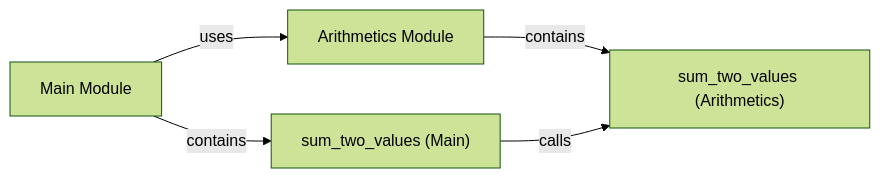
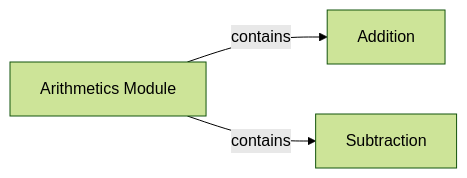
One commit to CodeBoarding/GeneratedOnBoardings changed the diagram in Hello-Python/Arithmetics Module.md. Above: the diagram before and after it, drawn with Mermaid (forest theme). The commit also changed other lines of this file and 2 other files, not shown here.

````diff
--- a/Hello-Python/Arithmetics Module.md
+++ b/Hello-Python/Arithmetics Module.md
@@ -1,11 +1,8 @@
 ```mermaid
 graph LR
     Arithmetics_Module["Arithmetics Module"]
-    sum_two_values_Arithmetics_["sum_two_values (Arithmetics)"]
-    Main_Module["Main Module"]
-    sum_two_values_Main_["sum_two_values (Main)"]
-    Arithmetics_Module -- "contains" --> sum_two_values_Arithmetics_
-    sum_two_values_Main_ -- "calls" --> sum_two_values_Arithmetics_
-    Main_Module -- "uses" --> Arithmetics_Module
-    Main_Module -- "contains" --> sum_two_values_Main_
+    Addition["Addition"]
+    Subtraction["Subtraction"]
+    Arithmetics_Module -- "contains" --> Addition
+    Arithmetics_Module -- "contains" --> Subtraction
 ```
````
